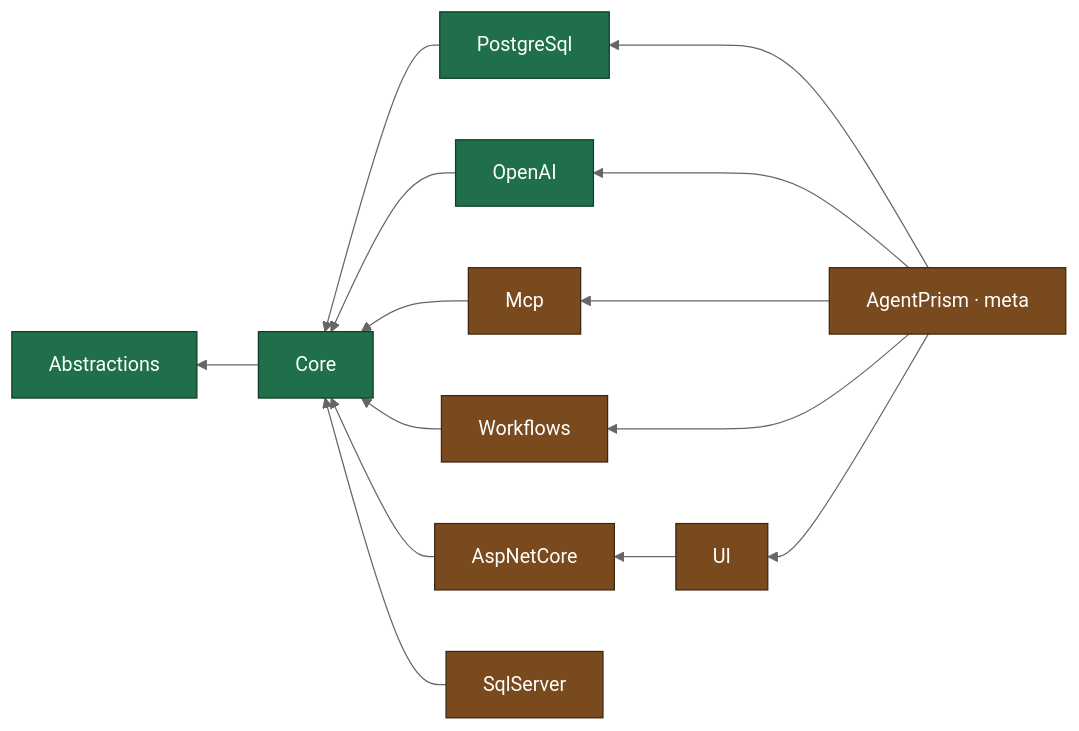
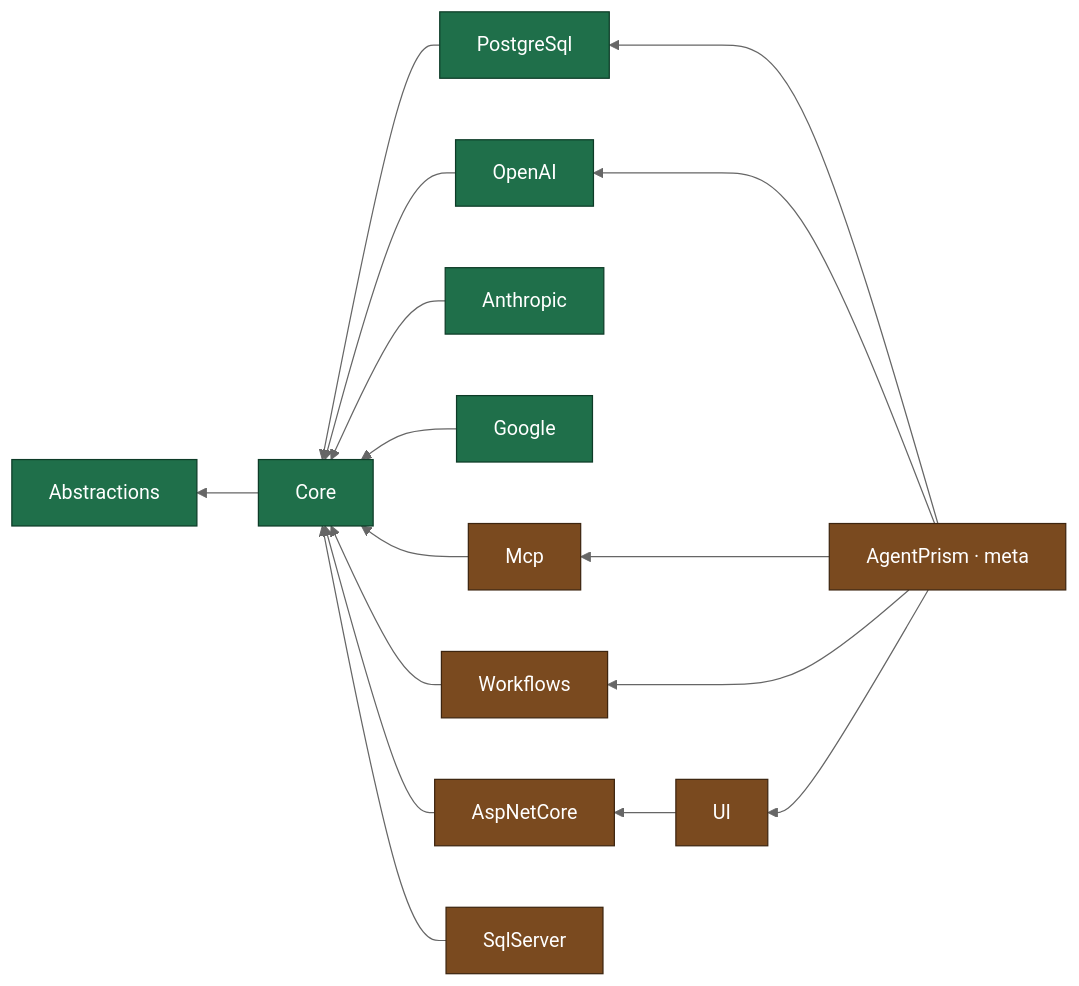
The second of 11 diagrams in docs/MIMARI.md (farukatasoy/Tracon), drawn with Mermaid (neutral theme) before and after one commit. The commit also changed other lines of this file and 73 other files, not shown here.

````diff
--- a/docs/MIMARI.md
+++ b/docs/MIMARI.md
@@ -103,21 +112,23 @@
 ```mermaid
 flowchart RL
     PostgreSql --> Core
     OpenAI --> Core
+    Anthropic --> Core
+    Google --> Core
     Mcp --> Core
     Workflows --> Core
     AspNetCore --> Core
     UI --> AspNetCore
     Core --> Abstractions
     SqlServer --> Core
     Meta["AgentPrism · meta"] --> UI
     Meta --> PostgreSql
     Meta --> OpenAI
     Meta --> Mcp
     Meta --> Workflows
 
     classDef aot fill:#1f6f4a,stroke:#0d3b27,color:#ffffff
     classDef notaot fill:#7a4a1f,stroke:#3d250f,color:#ffffff
-    class Abstractions,Core,PostgreSql,OpenAI aot
+    class Abstractions,Core,PostgreSql,OpenAI,Anthropic,Google aot
     class AspNetCore,UI,Mcp,Workflows,Meta,SqlServer notaot
 ```
````
